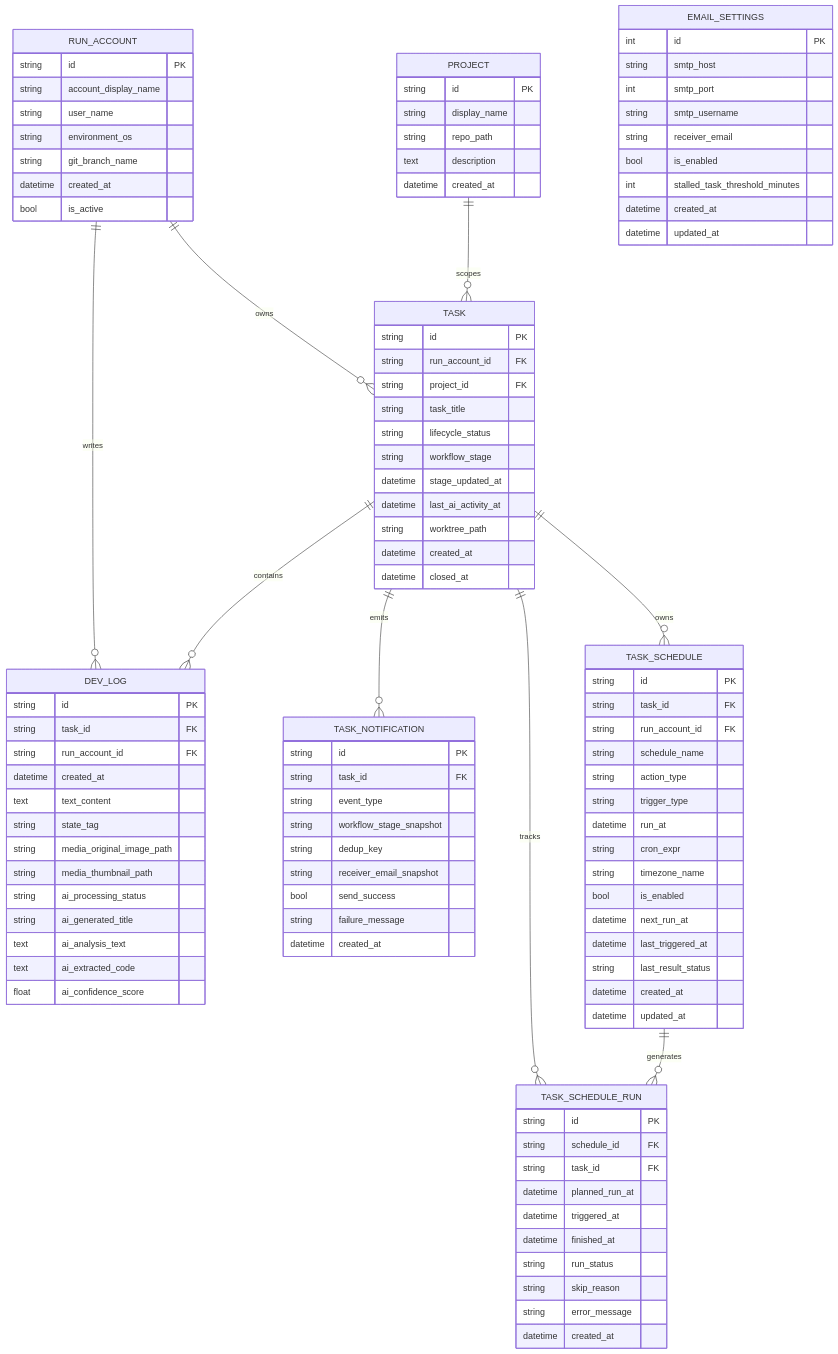
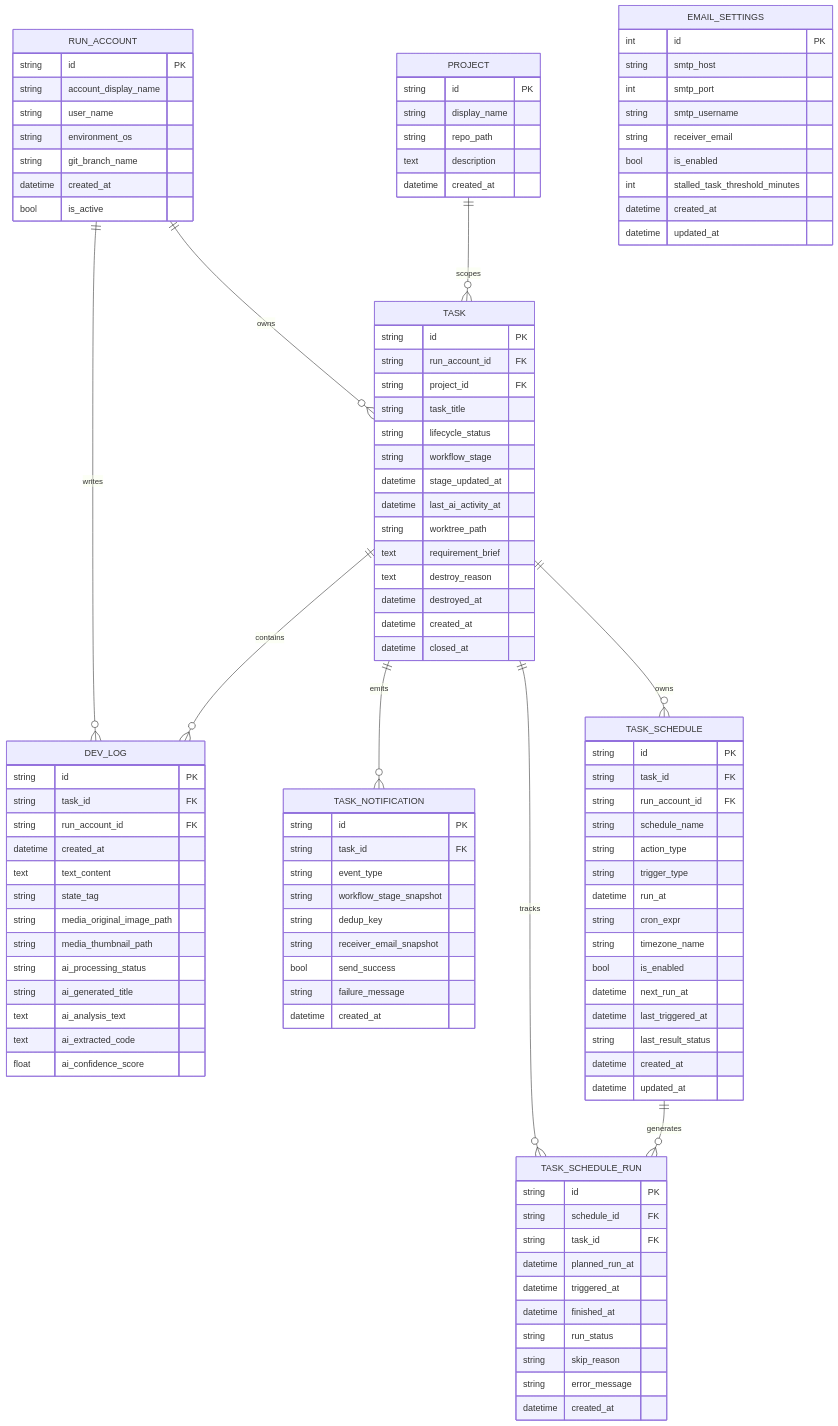
Before and after one commit to zata-zhangtao/koda: the diagram in docs/database/schema.md, drawn with Mermaid. The commit also changed other lines of this file and 27 other files, not shown here.

First line of the commit message:
feat(task): implement task destroy and project rebinding flows

```diff
--- a/docs/database/schema.md
+++ b/docs/database/schema.md
@@ -60,6 +60,9 @@
         datetime stage_updated_at
         datetime last_ai_activity_at
         string worktree_path
+        text requirement_brief
+        text destroy_reason
+        datetime destroyed_at
         datetime created_at
         datetime closed_at
     }
```
